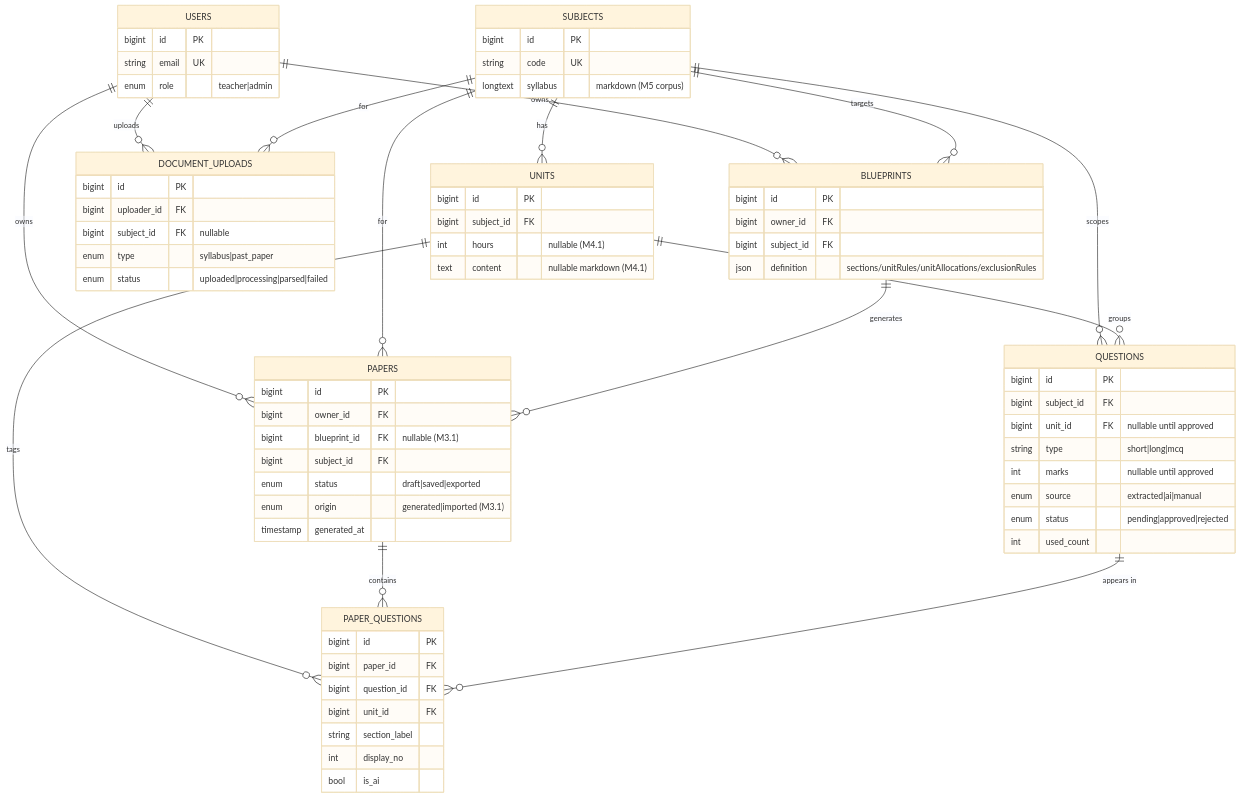
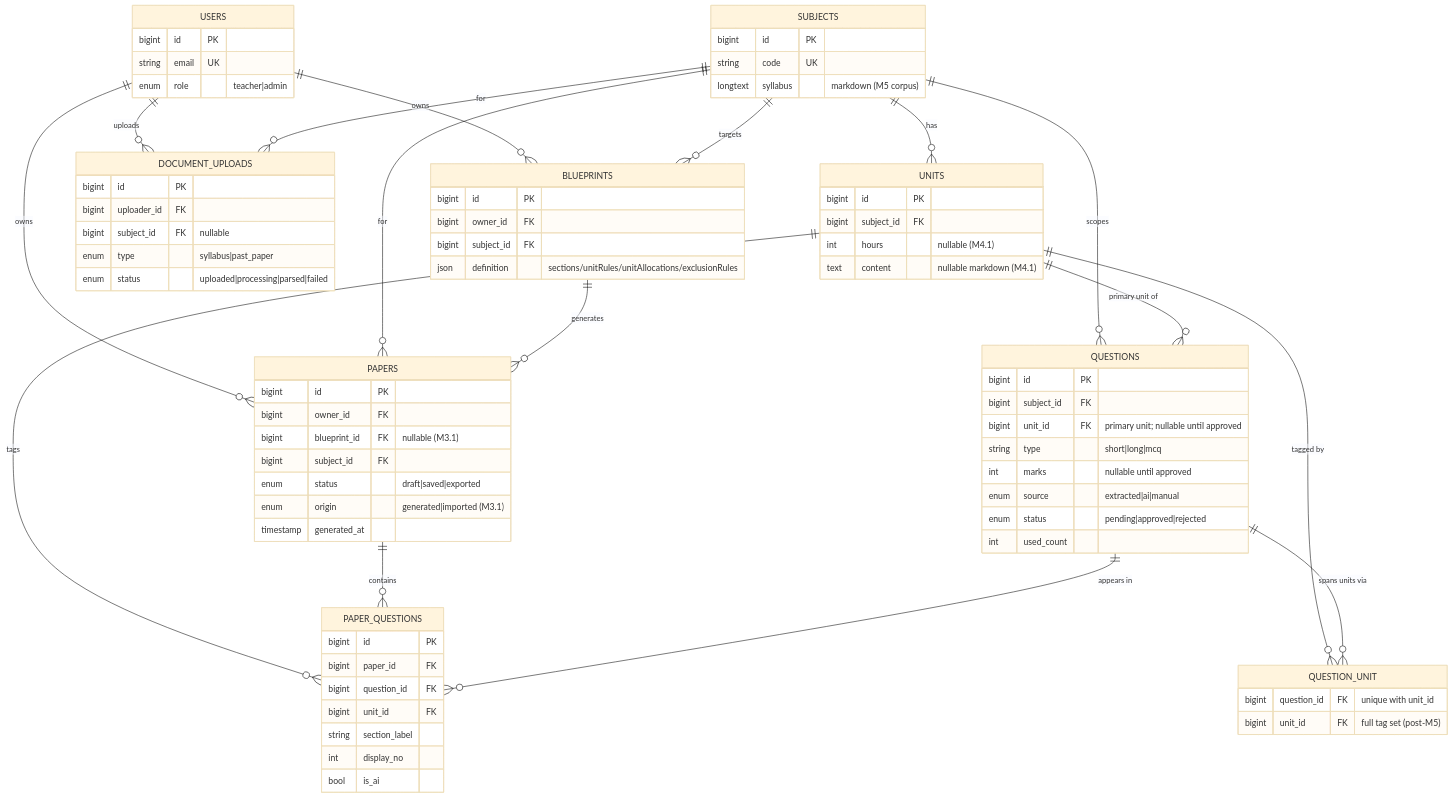
Before and after one commit to rohitshakyaa/Q-Forge: the third of 3 diagrams in docs/VIVA-GUIDE.md, drawn with Mermaid (base theme). The commit also changed other lines of this file, not shown here.

Commit message:
feat: Enhance coverage-aware greedy algorithm and multi-unit question handling in Viva Guide

````diff
--- a/docs/VIVA-GUIDE.md
+++ b/docs/VIVA-GUIDE.md
@@ -383,74 +429,80 @@
 ```mermaid
 erDiagram
     USERS ||--o{ BLUEPRINTS : owns
     USERS ||--o{ PAPERS : owns
     USERS ||--o{ DOCUMENT_UPLOADS : uploads
     SUBJECTS ||--o{ UNITS : has
     SUBJECTS ||--o{ QUESTIONS : scopes
     SUBJECTS ||--o{ BLUEPRINTS : targets
     SUBJECTS ||--o{ PAPERS : for
     SUBJECTS ||--o{ DOCUMENT_UPLOADS : for
-    UNITS ||--o{ QUESTIONS : groups
+    UNITS ||--o{ QUESTIONS : "primary unit of"
+    UNITS ||--o{ QUESTION_UNIT : "tagged by"
+    QUESTIONS ||--o{ QUESTION_UNIT : "spans units via"
     UNITS ||--o{ PAPER_QUESTIONS : tags
     BLUEPRINTS ||--o{ PAPERS : generates
     PAPERS ||--o{ PAPER_QUESTIONS : contains
     QUESTIONS ||--o{ PAPER_QUESTIONS : "appears in"
 
     USERS {
         bigint id PK
         string email UK
         enum role "teacher|admin"
     }
     SUBJECTS {
         bigint id PK
         string code UK
         longtext syllabus "markdown (M5 corpus)"
     }
     UNITS {
         bigint id PK
         bigint subject_id FK
         int hours "nullable (M4.1)"
         text content "nullable markdown (M4.1)"
     }
     QUESTIONS {
         bigint id PK
         bigint subject_id FK
-        bigint unit_id FK "nullable until approved"
+        bigint unit_id FK "primary unit; nullable until approved"
         string type "short|long|mcq"
         int marks "nullable until approved"
         enum source "extracted|ai|manual"
         enum status "pending|approved|rejected"
         int used_count
+    }
+    QUESTION_UNIT {
+        bigint question_id FK "unique with unit_id"
+        bigint unit_id FK "full tag set (post-M5)"
     }
     BLUEPRINTS {
         bigint id PK
         bigint owner_id FK
         bigint subject_id FK
         json definition "sections/unitRules/unitAllocations/exclusionRules"
     }
     PAPERS {
         bigint id PK
         bigint owner_id FK
         bigint blueprint_id FK "nullable (M3.1)"
         bigint subject_id FK
         enum status "draft|saved|exported"
         enum origin "generated|imported (M3.1)"
         timestamp generated_at
     }
     PAPER_QUESTIONS {
         bigint id PK
         bigint paper_id FK
         bigint question_id FK
         bigint unit_id FK
         string section_label
         int display_no
         bool is_ai
     }
     DOCUMENT_UPLOADS {
         bigint id PK
         bigint uploader_id FK
         bigint subject_id FK "nullable"
         enum type "syllabus|past_paper"
         enum status "uploaded|processing|parsed|failed"
     }
 ```
````
